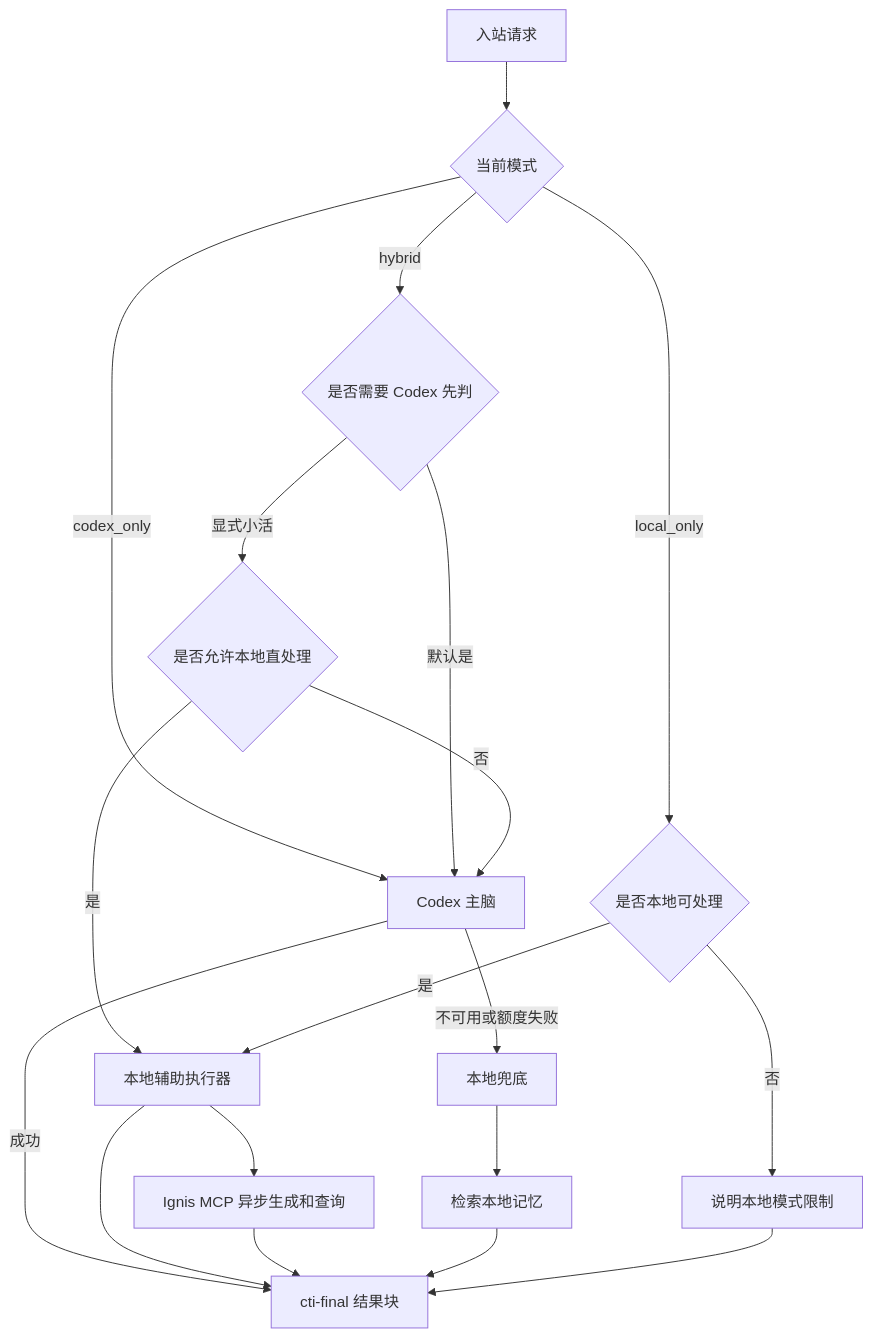
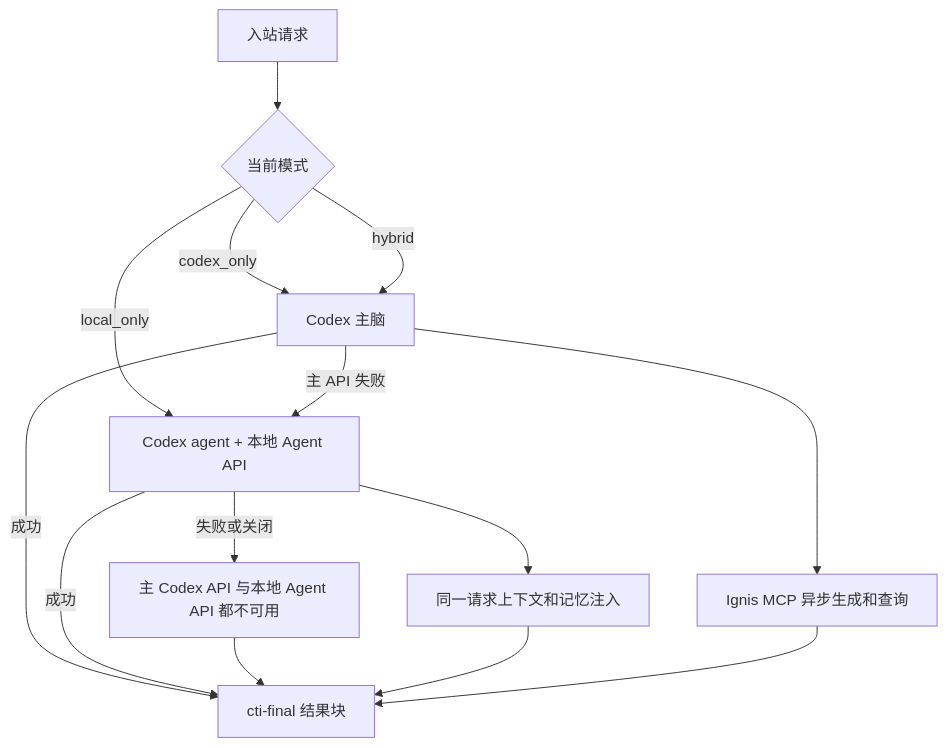
One commit to dddfuxi/codex-im-suite changed the sixth of 8 diagrams in docs/PROJECT-ARCHITECTURE.md. Above: the diagram before and after it, drawn with Mermaid. The commit also changed other lines of this file and 114 other files, not shown here.

````diff
--- a/docs/PROJECT-ARCHITECTURE.md
+++ b/docs/PROJECT-ARCHITECTURE.md
@@ -272,21 +284,16 @@
 ```mermaid
 flowchart TD
   Request[入站请求] --> Mode{当前模式}
   Mode -->|codex_only| Codex[Codex 主脑]
-  Mode -->|local_only| LocalScope{是否本地可处理}
-  Mode -->|hybrid| CodexFirst{是否需要 Codex 先判}
-  CodexFirst -->|默认是| Codex
-  CodexFirst -->|显式小活| ExplicitSmallTask{是否允许本地直处理}
-  ExplicitSmallTask -->|是| LocalAgent[本地辅助执行器]
-  ExplicitSmallTask -->|否| Codex
-  LocalScope -->|是| LocalAgent
-  LocalScope -->|否| LocalLimit[说明本地模式限制]
+  Mode -->|local_only| LocalFallback[Codex agent + 本地 Agent API]
+  Mode -->|hybrid| Codex
   Codex -->|成功| FinalReply[cti-final 结果块]
-  Codex -->|不可用或额度失败| LocalFallback[本地兜底]
-  LocalAgent --> FinalReply
-  LocalFallback --> MemoryRecall[检索本地记忆]
-  LocalAgent --> IgnisFastPath[Ignis MCP 异步生成和查询]
+  Codex -->|主 API 失败| LocalFallback
+  LocalFallback -->|成功| FinalReply
+  LocalFallback -->|失败或关闭| Blocker[主 Codex API 与本地 Agent API 都不可用]
+  Blocker --> FinalReply
+  LocalFallback --> MemoryContext[同一请求上下文和记忆注入]
+  MemoryContext --> FinalReply
+  Codex --> IgnisFastPath[Ignis MCP 异步生成和查询]
   IgnisFastPath --> FinalReply
-  MemoryRecall --> FinalReply
-  LocalLimit --> FinalReply
 ```
````
